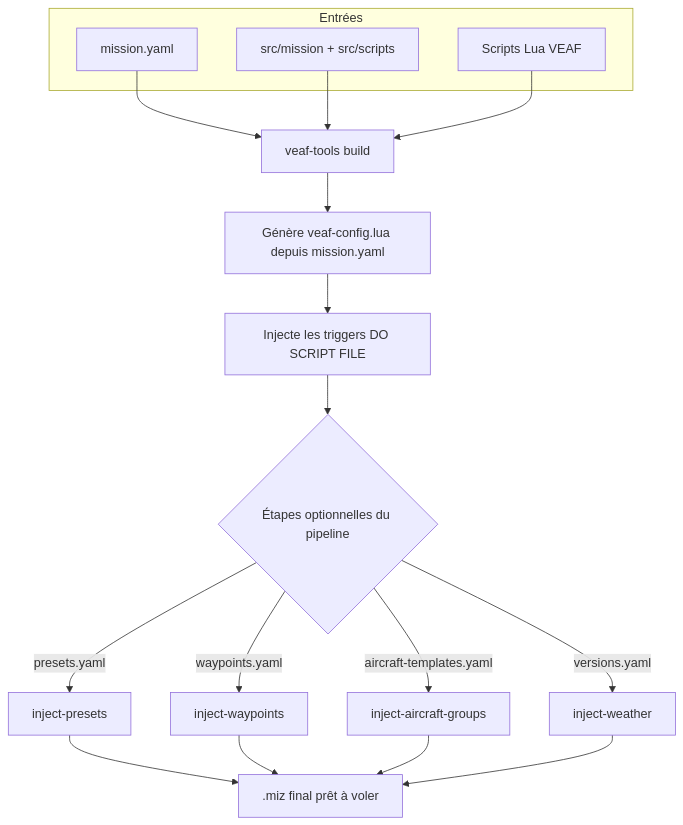
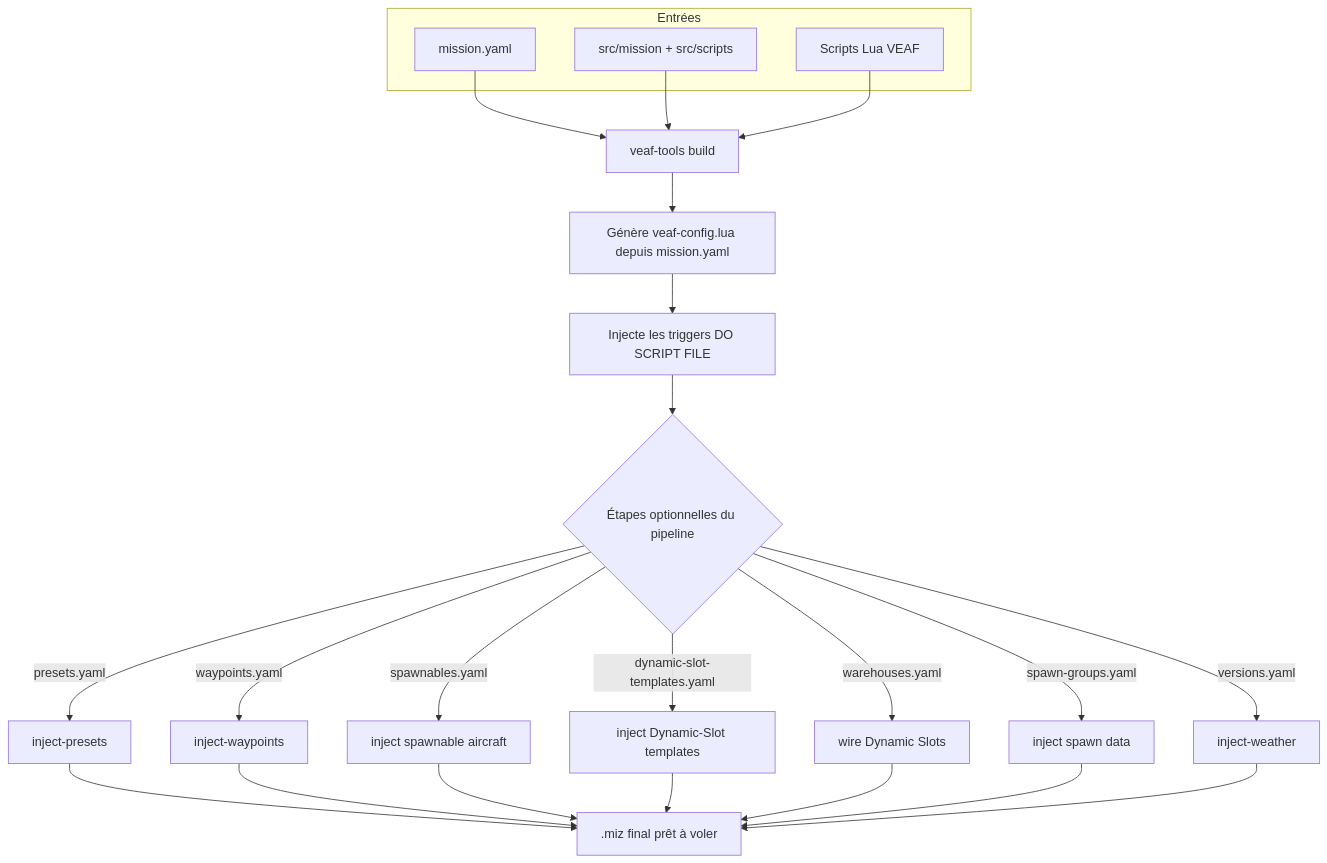
The diagram in doc/mission-maker/GUIDE.md (VEAF/VEAF-Mission-Creation-Tools), drawn with Mermaid before and after one commit. The commit also changed other lines of this file and 20 other files, not shown here.

````diff
--- a/doc/mission-maker/GUIDE.md
+++ b/doc/mission-maker/GUIDE.md
@@ -199,22 +201,28 @@
 ```mermaid
 flowchart TD
     subgraph Entrées
         YAML[mission.yaml]
         SRC[src/mission + src/scripts]
         LUA[Scripts Lua VEAF]
     end
     YAML --> BUILD[veaf-tools build]
     SRC --> BUILD
     LUA --> BUILD
     BUILD --> GEN[Génère veaf-config.lua depuis mission.yaml]
     GEN --> TRIG[Injecte les triggers DO SCRIPT FILE]
     TRIG --> PIPE{Étapes optionnelles du pipeline}
     PIPE -->|presets.yaml| P1[inject-presets]
     PIPE -->|waypoints.yaml| P2[inject-waypoints]
-    PIPE -->|aircraft-templates.yaml| P3[inject-aircraft-groups]
+    PIPE -->|spawnables.yaml| P3[inject spawnable aircraft]
+    PIPE -->|dynamic-slot-templates.yaml| P3b[inject Dynamic-Slot templates]
+    PIPE -->|warehouses.yaml| P5[wire Dynamic Slots]
+    PIPE -->|spawn-groups.yaml| P6[inject spawn data]
     PIPE -->|versions.yaml| P4[inject-weather]
     P1 --> OUT[.miz final prêt à voler]
     P2 --> OUT
     P3 --> OUT
+    P3b --> OUT
+    P5 --> OUT
+    P6 --> OUT
     P4 --> OUT
 ```
````
